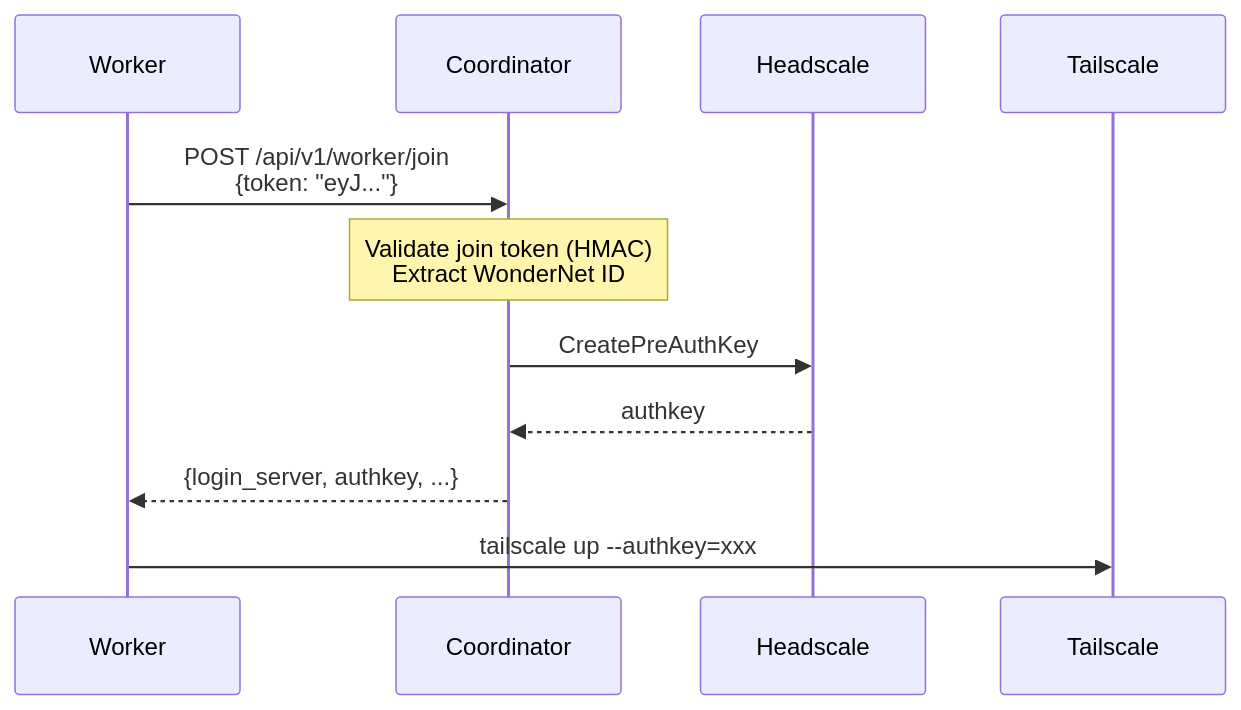
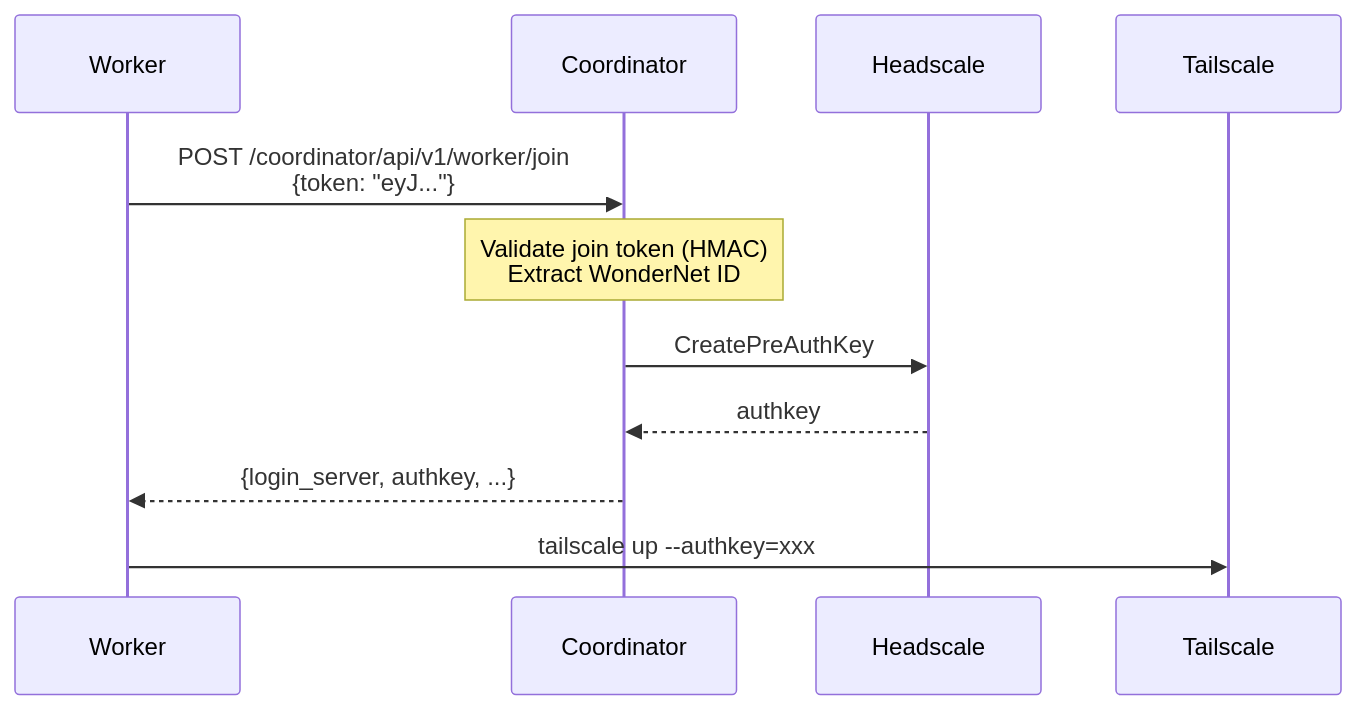
One commit to STRRL/wonder-mesh-net changed the sixth of 7 diagrams in docs/AUTH_DESIGN.md. Above: the diagram before and after it, drawn with Mermaid. The commit also changed other lines of this file, not shown here.

````diff
--- a/docs/AUTH_DESIGN.md
+++ b/docs/AUTH_DESIGN.md
@@ -267,18 +267,18 @@
 ```mermaid
 sequenceDiagram
     participant Worker
     participant Coordinator
     participant Headscale
     participant Tailscale
 
-    Worker->>Coordinator: POST /api/v1/worker/join<br/>{token: "eyJ..."}
+    Worker->>Coordinator: POST /coordinator/api/v1/worker/join<br/>{token: "eyJ..."}
 
     Note over Coordinator: Validate join token (HMAC)<br/>Extract WonderNet ID
 
     Coordinator->>Headscale: CreatePreAuthKey
     Headscale-->>Coordinator: authkey
 
     Coordinator-->>Worker: {login_server, authkey, ...}
 
     Worker->>Tailscale: tailscale up --authkey=xxx
 ```
````
